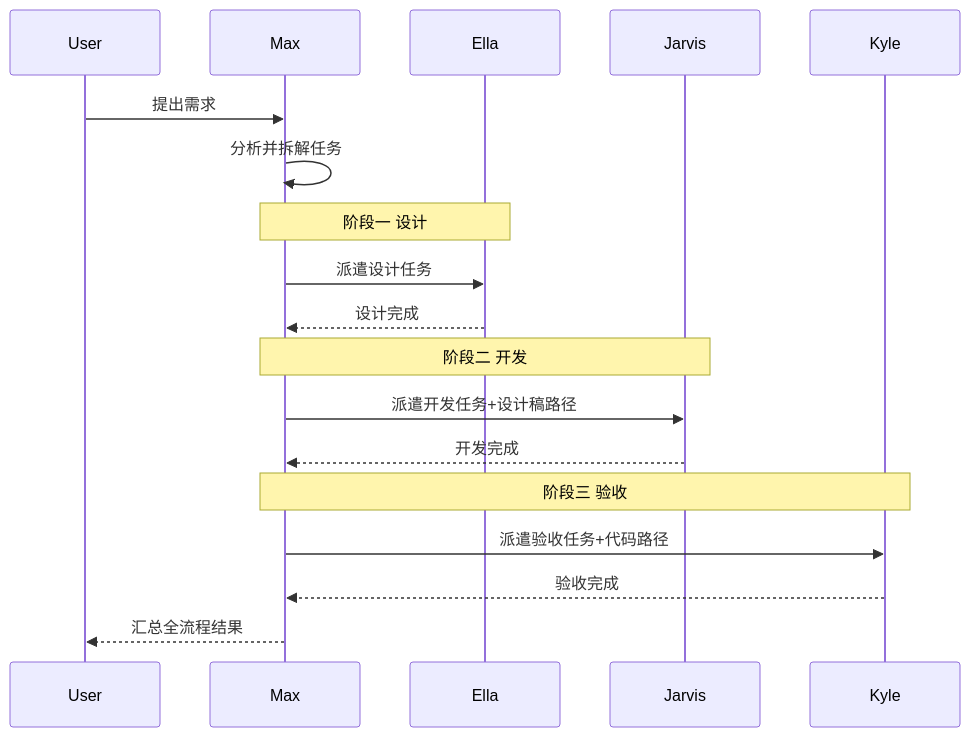
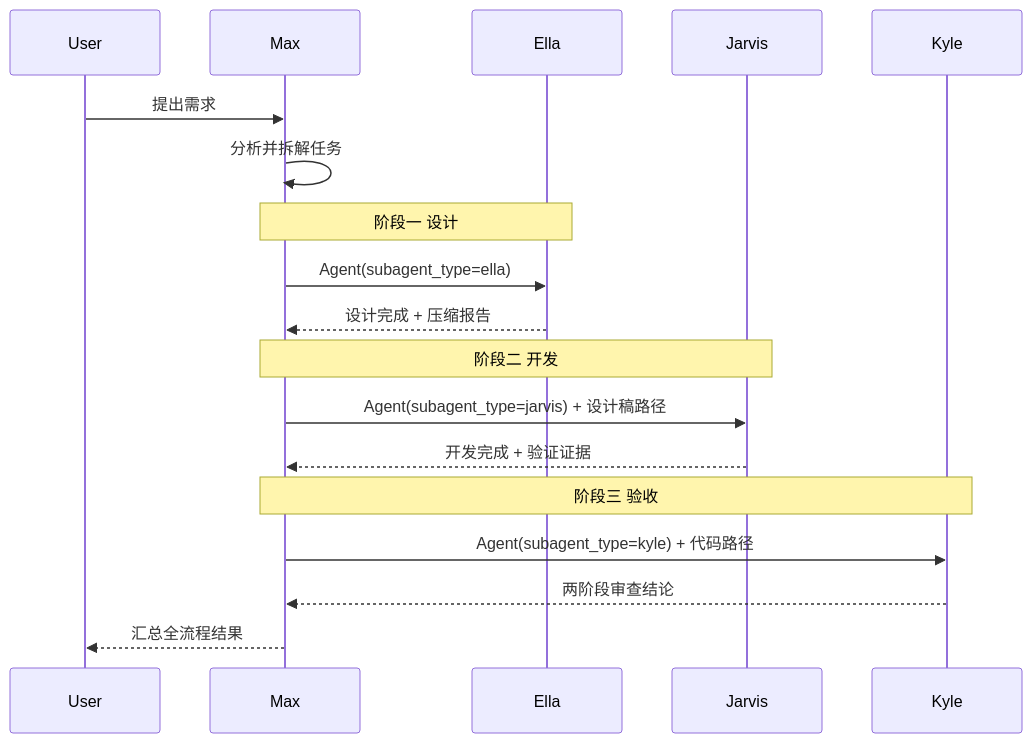
One commit to codeApe-7/ai-agent-workflowGroup changed the second of 4 diagrams in README.md. Above: the diagram before and after it, drawn with Mermaid. The commit also changed other lines of this file and 24 other files, not shown here.

First line of the commit message:
refactor(agents): 迁移 Ella/Jarvis/Kyle 为原生子代理并精简框架

````diff
--- a/README.md
+++ b/README.md
@@ -141,25 +158,25 @@
 ```mermaid
 sequenceDiagram
     participant User
     participant Max
     participant Ella
     participant Jarvis
     participant Kyle
 
     User->>Max: 提出需求
     Max->>Max: 分析并拆解任务
 
     Note over Max,Ella: 阶段一 设计
-    Max->>Ella: 派遣设计任务
-    Ella-->>Max: 设计完成
+    Max->>Ella: Agent(subagent_type=ella)
+    Ella-->>Max: 设计完成 + 压缩报告
 
     Note over Max,Jarvis: 阶段二 开发
-    Max->>Jarvis: 派遣开发任务+设计稿路径
-    Jarvis-->>Max: 开发完成
+    Max->>Jarvis: Agent(subagent_type=jarvis) + 设计稿路径
+    Jarvis-->>Max: 开发完成 + 验证证据
 
     Note over Max,Kyle: 阶段三 验收
-    Max->>Kyle: 派遣验收任务+代码路径
-    Kyle-->>Max: 验收完成
+    Max->>Kyle: Agent(subagent_type=kyle) + 代码路径
+    Kyle-->>Max: 两阶段审查结论
 
     Max-->>User: 汇总全流程结果
 ```
````
